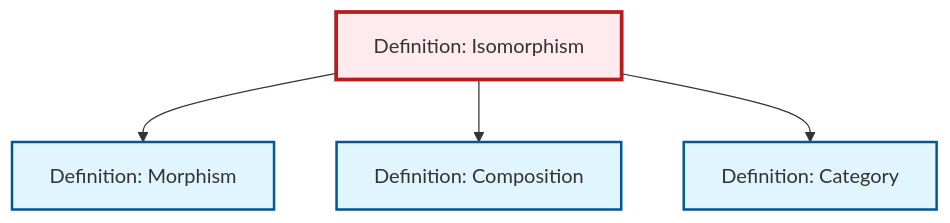
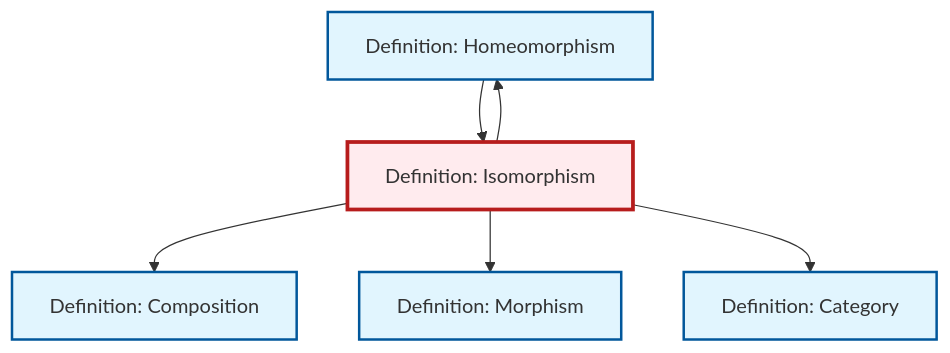
The diagram in content/ja/category-theory/def-isomorphism.qmd (RK0429/ModernMath), drawn with Mermaid before and after one commit. The commit also changed 474 other files, not shown here.

````diff
--- a/content/ja/category-theory/def-isomorphism.qmd
+++ b/content/ja/category-theory/def-isomorphism.qmd
@@ -84,20 +84,24 @@
 ```{mermaid}
 %%| fig-cap: "Local dependency graph"
 graph TD
     classDef definition fill:#e1f5fe,stroke:#01579b,stroke-width:2px
     classDef theorem fill:#f3e5f5,stroke:#4a148c,stroke-width:2px
     classDef axiom fill:#fff3e0,stroke:#e65100,stroke-width:2px
     classDef example fill:#e8f5e9,stroke:#1b5e20,stroke-width:2px
     classDef current fill:#ffebee,stroke:#b71c1c,stroke-width:3px
+    def-homeomorphism["Definition: Homeomorphism"]:::definition
+    def-isomorphism["Definition: Isomorphism"]:::definition
+    def-category["Definition: Category"]:::definition
+    def-composition["Definition: Composition"]:::definition
     def-morphism["Definition: Morphism"]:::definition
-    def-isomorphism["Definition: Isomorphism"]:::definition
-    def-composition["Definition: Composition"]:::definition
-    def-category["Definition: Category"]:::definition
+    def-isomorphism --> def-composition
     def-isomorphism --> def-morphism
-    def-isomorphism --> def-composition
+    def-homeomorphism --> def-isomorphism
+    def-isomorphism --> def-homeomorphism
     def-isomorphism --> def-category
     class def-isomorphism current
+    click def-homeomorphism "def-homeomorphism.html" "Definition: Homeomorphismへ"
+    click def-category "def-category.html" "Definition: Categoryへ"
+    click def-composition "def-composition.html" "Definition: Compositionへ"
     click def-morphism "def-morphism.html" "Definition: Morphismへ"
-    click def-composition "def-composition.html" "Definition: Compositionへ"
-    click def-category "def-category.html" "Definition: Categoryへ"
 ```
````
